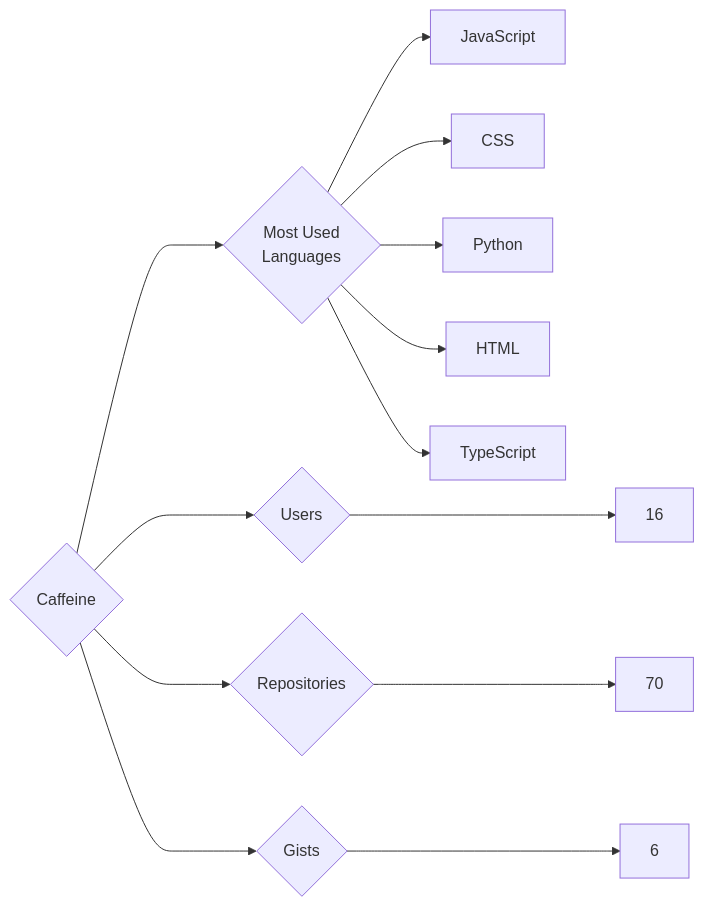
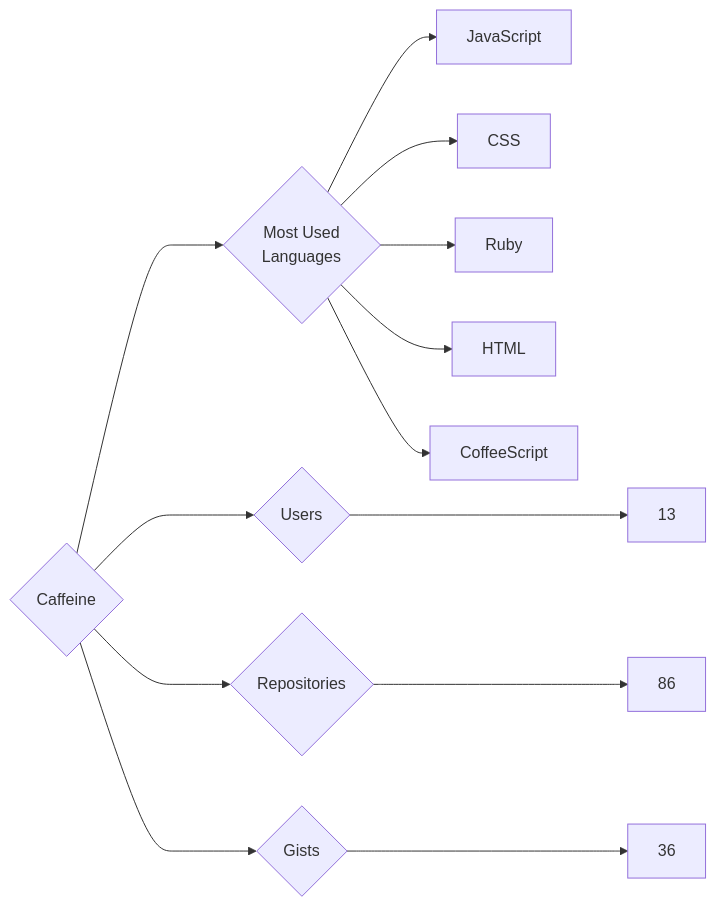
The diagram in targets/Caffeine/README.md (trickest/insiders), drawn with Mermaid before and after one commit. The commit also changed 935 other files, not shown here.

````diff
--- a/targets/Caffeine/README.md
+++ b/targets/Caffeine/README.md
@@ -3,13 +3,13 @@
 ```mermaid
 graph LR
 COMPANY_NAME{Caffeine}
-COMPANY_NAME ---> U{Users} ---> UN[16]
-COMPANY_NAME ---> R{Repositories} ---> RN[70]
-COMPANY_NAME ---> G{Gists} ---> GN[6]
+COMPANY_NAME ---> U{Users} ---> UN[13]
+COMPANY_NAME ---> R{Repositories} ---> RN[86]
+COMPANY_NAME ---> G{Gists} ---> GN[36]
 COMPANY_NAME ---> ML{Most Used<br>Languages}
 ML --> JavaScript[JavaScript]
 ML --> CSS[CSS]
-ML --> Python[Python]
+ML --> Ruby[Ruby]
 ML --> HTML[HTML]
-ML --> TypeScript[TypeScript]
+ML --> CoffeeScript[CoffeeScript]
 ```
````
